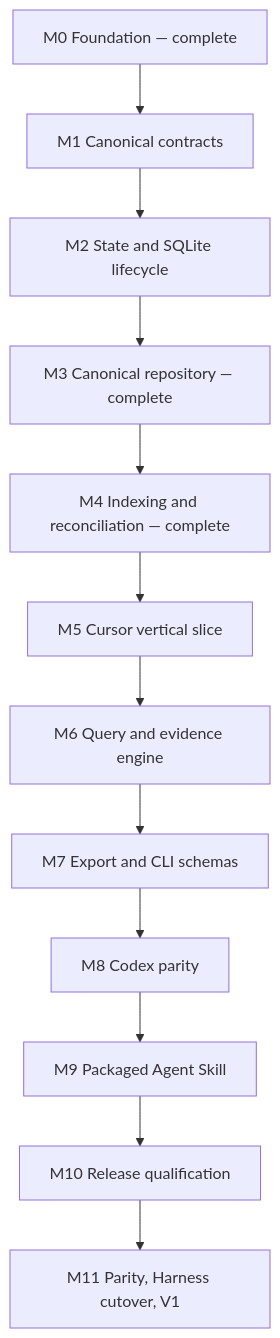
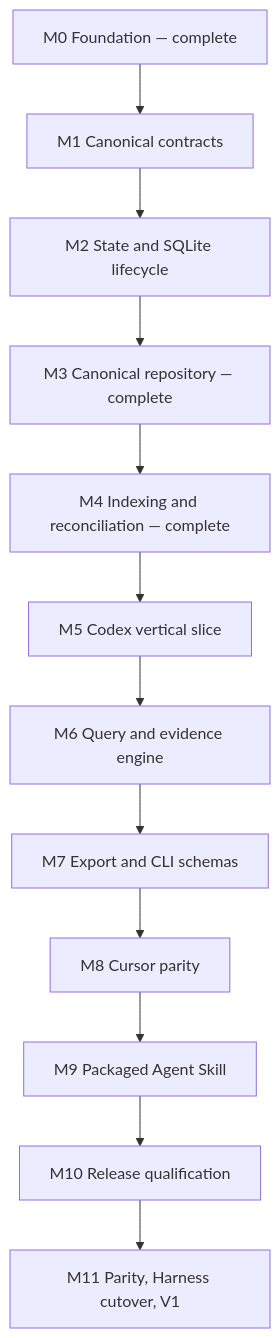
Before and after one commit to ferueda/sessions: the diagram in dev/plans/260713-v1-implementation-roadmap.md, drawn with Mermaid. The commit also changed other lines of this file and 11 other files, not shown here.

Commit message:
docs: define Codex-first roadmap

````diff
--- a/dev/plans/260713-v1-implementation-roadmap.md
+++ b/dev/plans/260713-v1-implementation-roadmap.md
@@ -72,14 +73,14 @@
 ```mermaid
 flowchart TD
   M0["M0 Foundation — complete"] --> M1["M1 Canonical contracts"]
   M1 --> M2["M2 State and SQLite lifecycle"]
   M2 --> M3["M3 Canonical repository — complete"]
   M3 --> M4["M4 Indexing and reconciliation — complete"]
-  M4 --> M5["M5 Cursor vertical slice"]
+  M4 --> M5["M5 Codex vertical slice"]
   M5 --> M6["M6 Query and evidence engine"]
   M6 --> M7["M7 Export and CLI schemas"]
-  M7 --> M8["M8 Codex parity"]
+  M7 --> M8["M8 Cursor parity"]
   M8 --> M9["M9 Packaged Agent Skill"]
   M9 --> M10["M10 Release qualification"]
   M10 --> M11["M11 Parity, Harness cutover, V1"]
 ```
````
